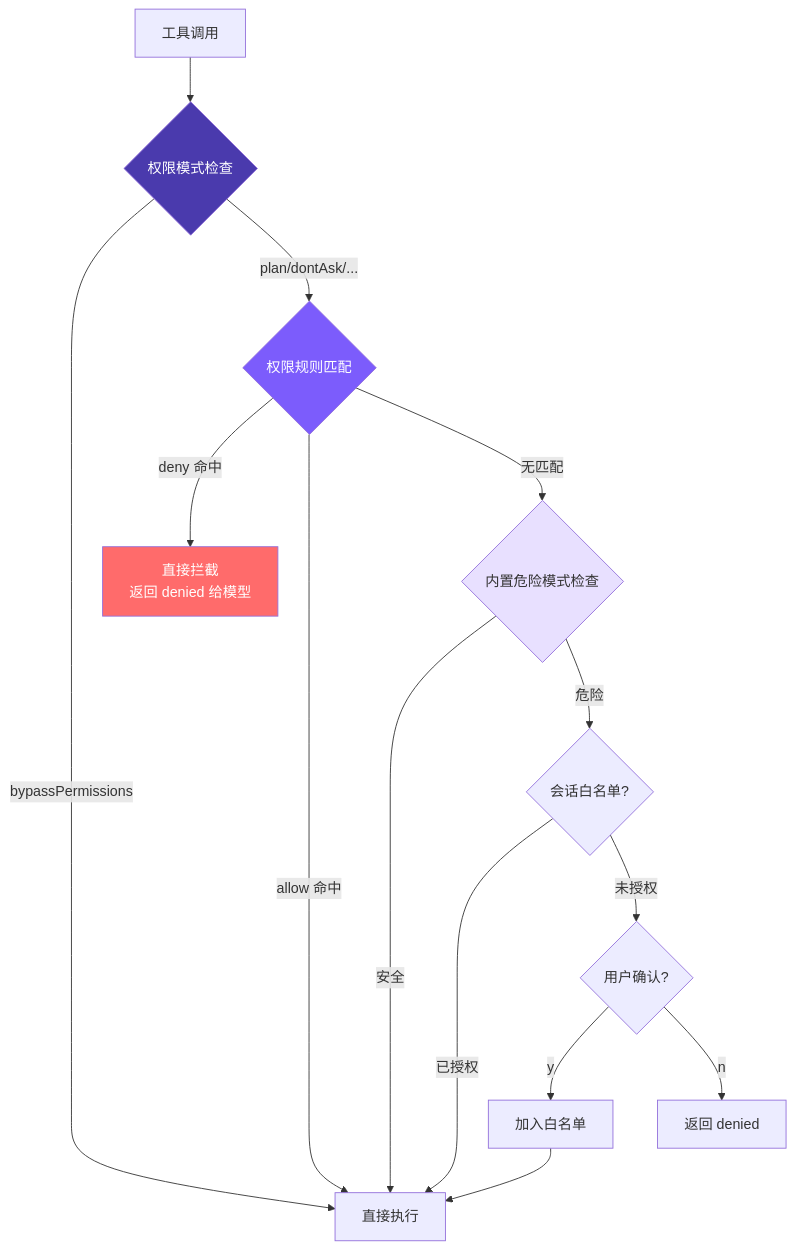
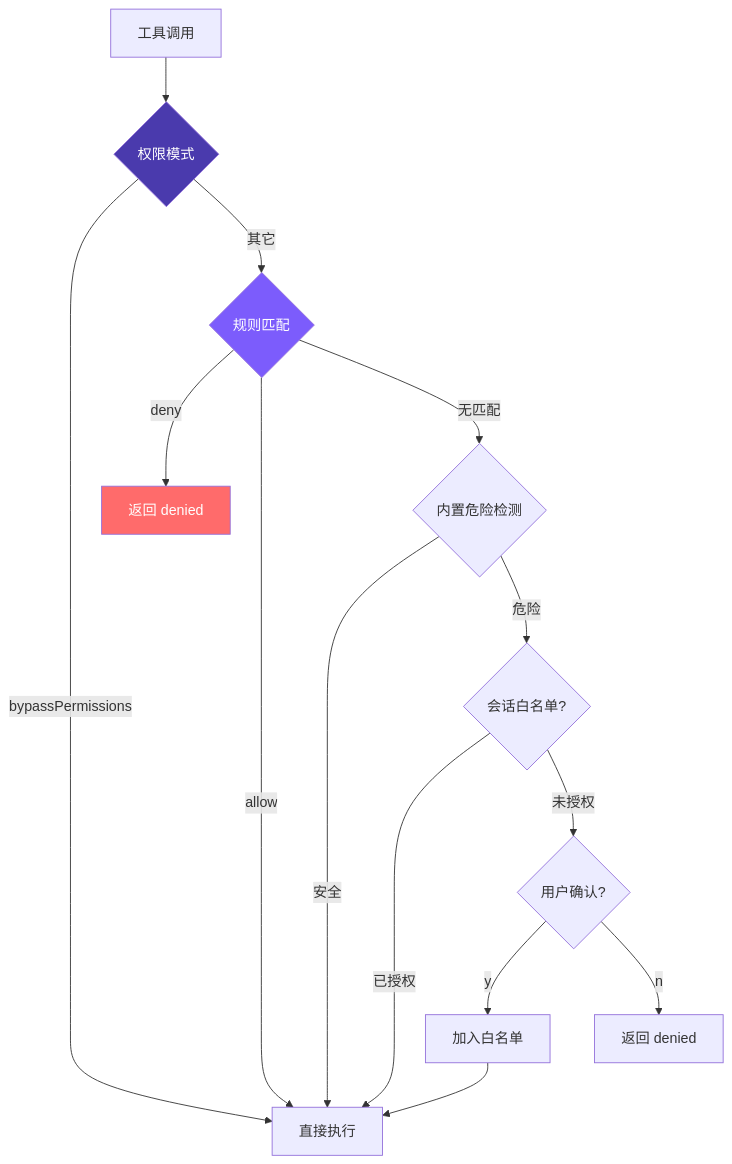
One commit to joinmouse/claude-code-mini changed the diagram in docs/06-permissions.md. Above: the diagram before and after it, drawn with Mermaid. The commit also changed other lines of this file and 30 other files, not shown here.

````diff
--- a/docs/06-permissions.md
+++ b/docs/06-permissions.md
@@ -7,21 +5,20 @@
 ```mermaid
 graph TB
-    Call[工具调用] --> Mode{权限模式检查}
+    Call[工具调用] --> Mode{权限模式}
     Mode -->|bypassPermissions| Exec[直接执行]
-    Mode -->|plan/dontAsk/...| Rules{权限规则匹配}
-    Rules -->|deny 命中| Block[直接拦截<br/>返回 denied 给模型]
-    Rules -->|allow 命中| Exec
-    Rules -->|无匹配| Builtin{内置危险模式检查}
+    Mode -->|其它| Rules{规则匹配}
+    Rules -->|deny| Block[返回 denied]
+    Rules -->|allow| Exec
+    Rules -->|无匹配| Builtin{内置危险检测}
     Builtin -->|安全| Exec
     Builtin -->|危险| WL{会话白名单?}
     WL -->|已授权| Exec
     WL -->|未授权| Confirm{用户确认?}
     Confirm -->|y| AddWL[加入白名单]
     AddWL --> Exec
     Confirm -->|n| Block2[返回 denied]
 
     style Mode fill:#4a3aad,color:#fff
     style Rules fill:#7c5cfc,color:#fff
-    style Builtin fill:#e8e0ff
     style Block fill:#ff6b6b,color:#fff
 ```
````
